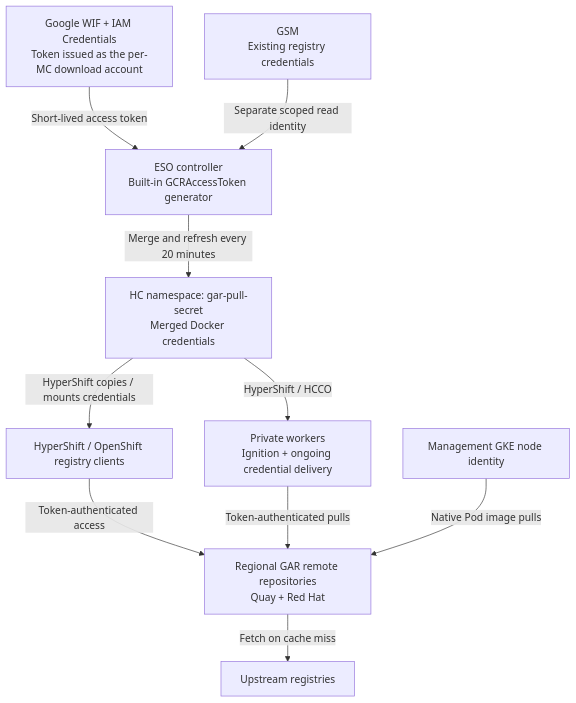
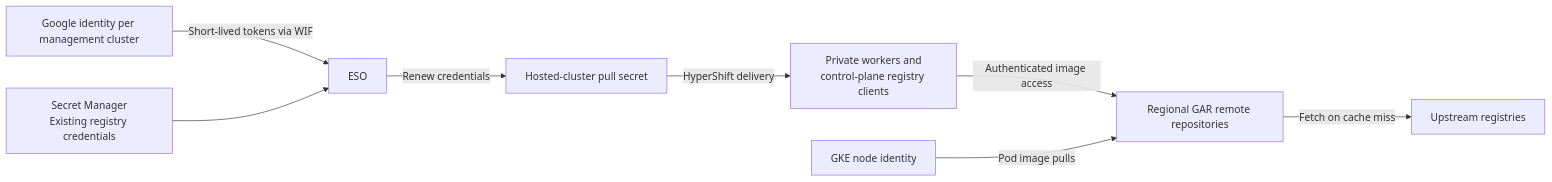
One commit to daniel-rejniak/gcp-hcp changed the diagram in design-decisions/infrastructure/zero-egress-image-delivery.md. Above: the diagram before and after it, drawn with Mermaid. The commit also changed other lines of this file, not shown here.

Commit message:
docs: simplify zero-egress image delivery decision

````diff
--- a/design-decisions/infrastructure/zero-egress-image-delivery.md
+++ b/design-decisions/infrastructure/zero-egress-image-delivery.md
@@ -46,22 +30,10 @@
 ```mermaid
-flowchart TD
-    IAM["Google WIF + IAM Credentials<br/>Token issued as the per-MC download account"]
-    ESO["ESO controller<br/>Built-in GCRAccessToken generator"]
-    GSM["GSM<br/>Existing registry credentials"]
-    SECRET["HC namespace: gar-pull-secret<br/>Merged Docker credentials"]
-    CLIENTS["HyperShift / OpenShift registry clients"]
-    WORKERS["Private workers<br/>Ignition + ongoing credential delivery"]
-    NODES["Management GKE node identity"]
-    GAR["Regional GAR remote repositories<br/>Quay + Red Hat"]
-    UPSTREAM["Upstream registries"]
-
-    IAM -->|"Short-lived access token"| ESO
-    GSM -->|"Separate scoped read identity"| ESO
-    ESO -->|"Merge and refresh every 20 minutes"| SECRET
-    SECRET -->|"HyperShift copies / mounts credentials"| CLIENTS
-    SECRET -->|"HyperShift / HCCO"| WORKERS
-    CLIENTS -->|"Token-authenticated access"| GAR
-    WORKERS -->|"Token-authenticated pulls"| GAR
-    NODES -->|"Native Pod image pulls"| GAR
-    GAR -->|"Fetch on cache miss"| UPSTREAM
+flowchart LR
+    ID["Google identity per management cluster"] -->|"Short-lived tokens via WIF"| ESO["ESO"]
+    GSM["Secret Manager<br/>Existing registry credentials"] --> ESO
+    ESO -->|"Renew credentials"| SECRET["Hosted-cluster pull secret"]
+    SECRET -->|"HyperShift delivery"| CLIENTS["Private workers and<br/>control-plane registry clients"]
+    CLIENTS -->|"Authenticated image access"| GAR["Regional GAR remote repositories"]
+    NODES["GKE node identity"] -->|"Pod image pulls"| GAR
+    GAR -->|"Fetch on cache miss"| UPSTREAM["Upstream registries"]
 ```
````
